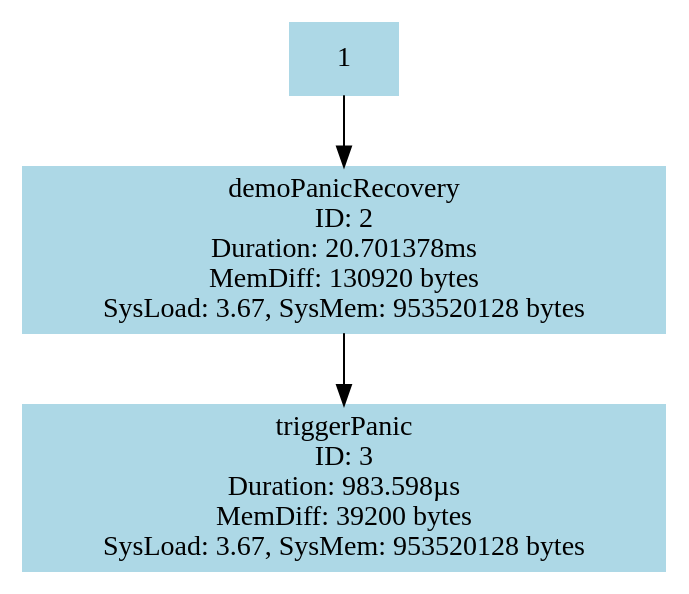
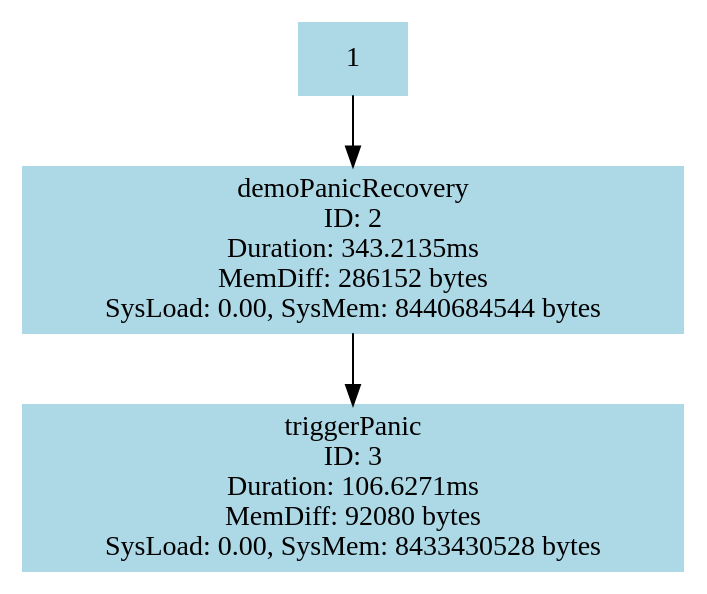
One commit to mwiater/tracewrap changed the diagram in examples/panic/tracewrap/callgraph.dot. Above: the diagram before and after it, drawn with Graphviz. The commit also changed 11 other files, not shown here.

```diff
--- a/examples/panic/tracewrap/callgraph.dot
+++ b/examples/panic/tracewrap/callgraph.dot
@@ -1,7 +1,7 @@
 digraph CallGraph {
   node [shape=box, style=filled, color="lightblue"];
-  3 [label="triggerPanic\nID: 3\nDuration: 983.598µs\nMemDiff: 39200 bytes\nSysLoad: 3.67, SysMem: 953520128 bytes"];
-  2 [label="demoPanicRecovery\nID: 2\nDuration: 20.701378ms\nMemDiff: 130920 bytes\nSysLoad: 3.67, SysMem: 953520128 bytes"];
+  3 [label="triggerPanic\nID: 3\nDuration: 106.6271ms\nMemDiff: 92080 bytes\nSysLoad: 0.00, SysMem: 8433430528 bytes"];
+  2 [label="demoPanicRecovery\nID: 2\nDuration: 343.2135ms\nMemDiff: 286152 bytes\nSysLoad: 0.00, SysMem: 8440684544 bytes"];
   2 -> 3;
   1 -> 2;
 }
```
